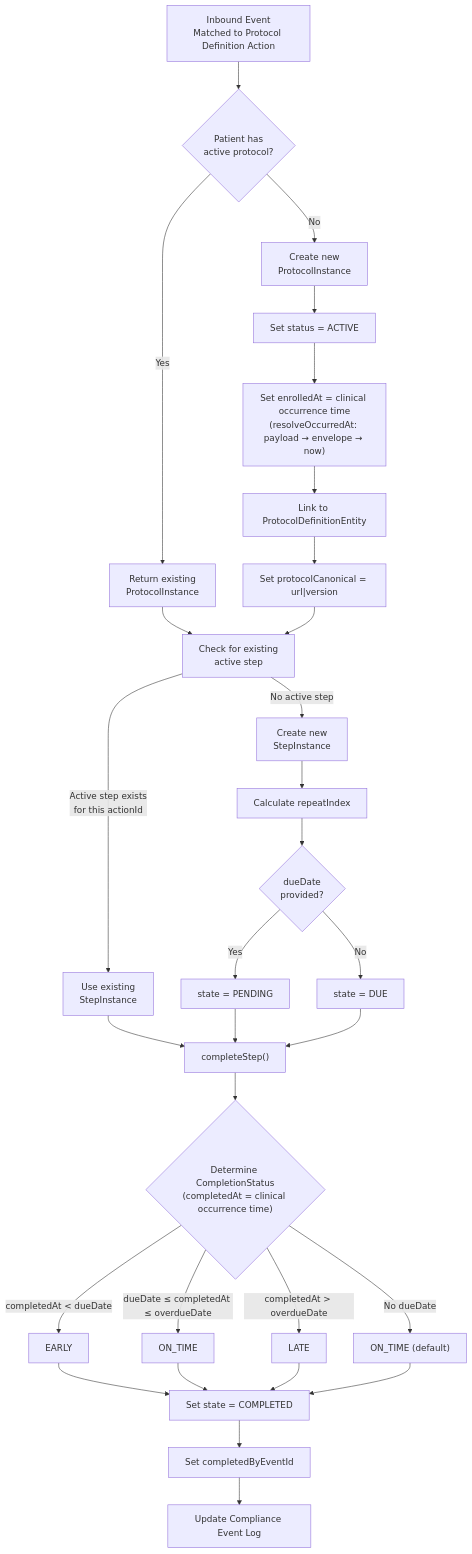
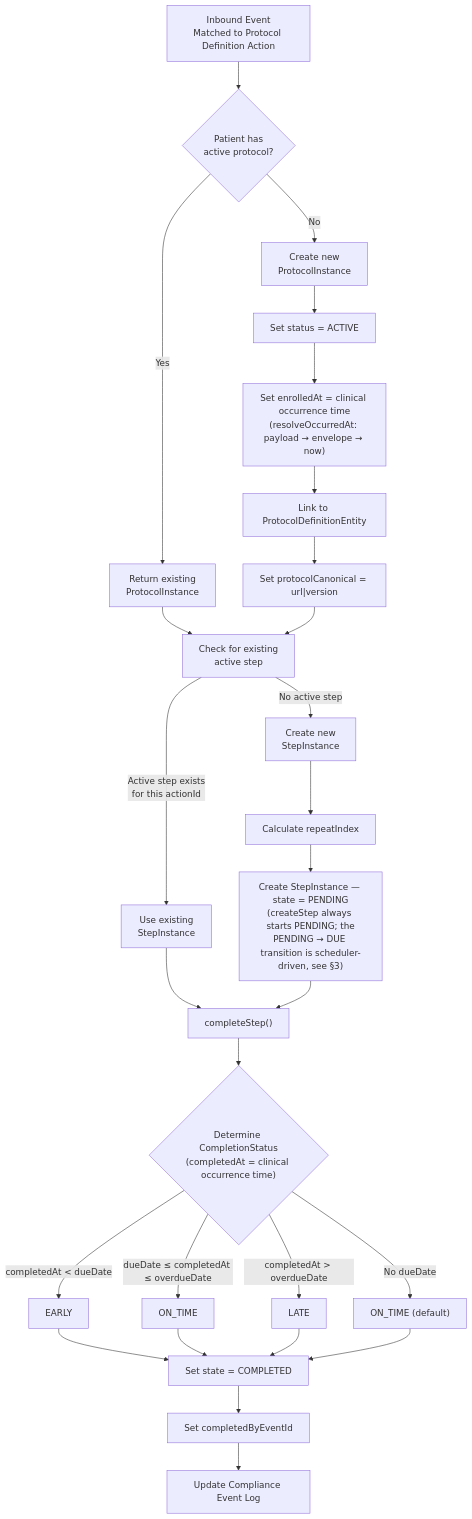
The fourth of 12 diagrams in docs/flow-diagrams.md (Jayaprakash8887/cce-compliance-service), drawn with Mermaid before and after one commit. The commit also changed other lines of this file and 8 other files, not shown here.

````diff
--- a/docs/flow-diagrams.md
+++ b/docs/flow-diagrams.md
@@ -246,41 +265,38 @@
 ```mermaid
 flowchart TD
     A["Inbound Event<br/>Matched to Protocol Definition Action"] --> B{"Patient has<br/>active protocol?"}
 
     B -->|"Yes"| C["Return existing<br/>ProtocolInstance"]
     B -->|"No"| D["Create new<br/>ProtocolInstance"]
 
     D --> E["Set status = ACTIVE"]
     E --> F["Set enrolledAt = clinical occurrence time<br/>(resolveOccurredAt: payload → envelope → now)"]
     F --> G["Link to ProtocolDefinitionEntity"]
     G --> H["Set protocolCanonical = url|version"]
 
     C --> I["Check for existing<br/>active step"]
     H --> I
 
     I -->|"Active step exists<br/>for this actionId"| J["Use existing<br/>StepInstance"]
     I -->|"No active step"| K["Create new<br/>StepInstance"]
 
     K --> L["Calculate repeatIndex"]
-    L --> M{"dueDate<br/>provided?"}
-    M -->|"Yes"| N["state = PENDING"]
-    M -->|"No"| O["state = DUE"]
+    L --> N["Create StepInstance — state = PENDING<br/>(createStep always starts PENDING; the<br/>PENDING → DUE transition is scheduler-driven, see §3)"]
 
     J --> P["completeStep()"]
     N --> P
-    O --> P
 
     P --> Q{"Determine CompletionStatus<br/>(completedAt = clinical occurrence time)"}
     Q -->|"completedAt < dueDate"| R["EARLY"]
     Q -->|"dueDate ≤ completedAt ≤ overdueDate"| S["ON_TIME"]
     Q -->|"completedAt > overdueDate"| T["LATE"]
     Q -->|"No dueDate"| U["ON_TIME (default)"]
 
     R --> V["Set state = COMPLETED"]
     S --> V
     T --> V
     U --> V
 
     V --> W["Set completedByEventId"]
     W --> X["Update Compliance Event Log"]
 ```
````
